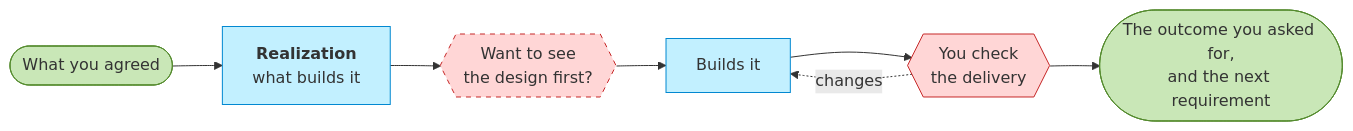
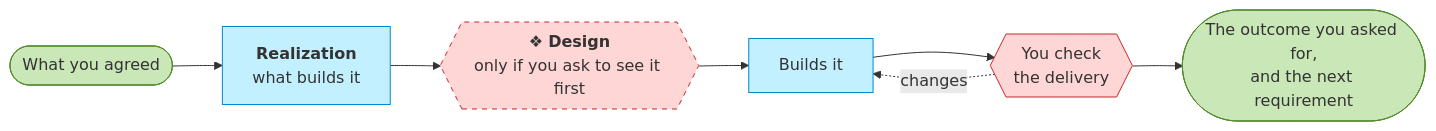
One commit to roanboc/archreator changed the second of 2 diagrams in README.md. Above: the diagram before and after it, drawn with Mermaid. The commit also changed other lines of this file and 32 other files, not shown here.

````diff
--- a/README.md
+++ b/README.md
@@ -73,17 +77,17 @@
 ```mermaid
 flowchart LR
   inp(["What you agreed"]):::done
   realization["<b>Realization</b><br/>what builds it"]:::ai
-  gC{{"Want to see<br/>the design first?"}}:::gateopt
+  gC{{"❖ <b>Design</b><br/>only if you ask to see it first"}}:::gateopt
   build["Builds it"]:::ai
   check{{"You check<br/>the delivery"}}:::gate
   out(["The outcome you asked for,<br/>and the next requirement"]):::done
 
   inp --> realization --> gC --> build --> check --> out
   check -.->|"changes"| build
   classDef human fill:#e6d6f5,stroke:#7e57c2,color:#333
   classDef ai fill:#c2f0ff,stroke:#0288d1,color:#333
   classDef gate fill:#ffd6d6,stroke:#c62828,color:#333
   classDef gateopt fill:#ffd6d6,stroke:#c62828,color:#333,stroke-dasharray: 5 5
   classDef done fill:#c9e7b7,stroke:#558b2f,color:#333
 ```
````
